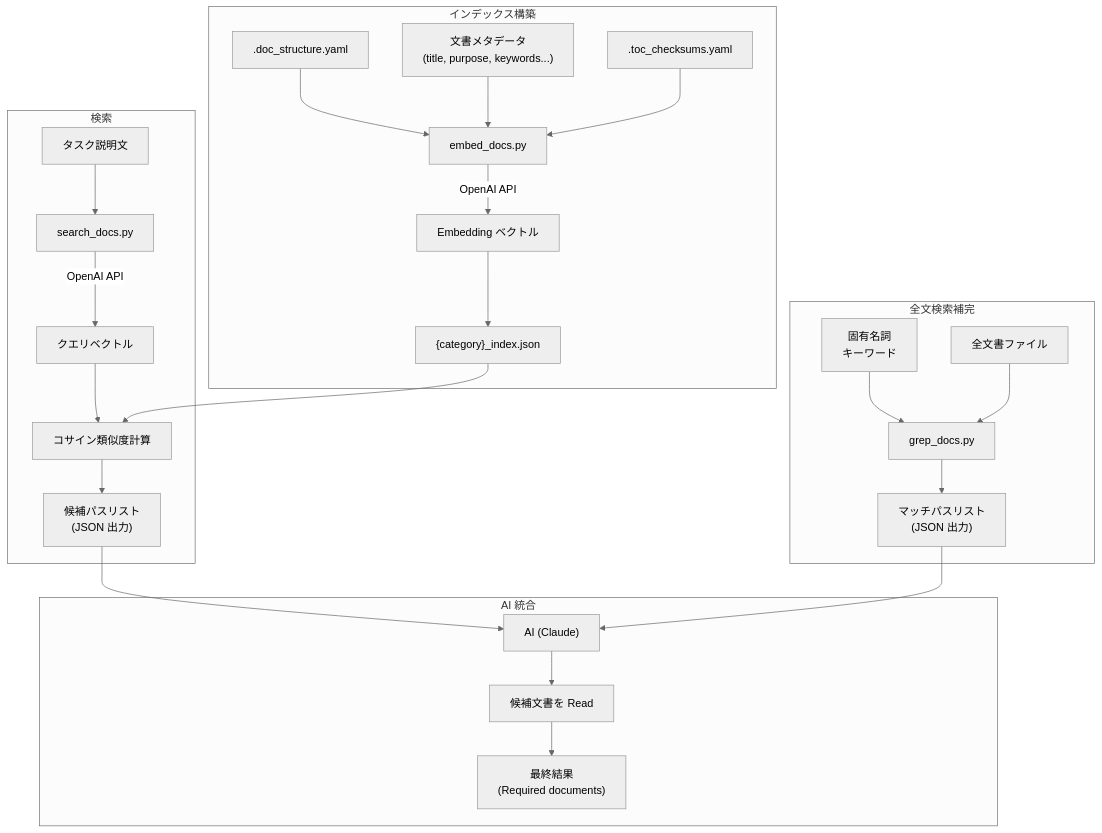
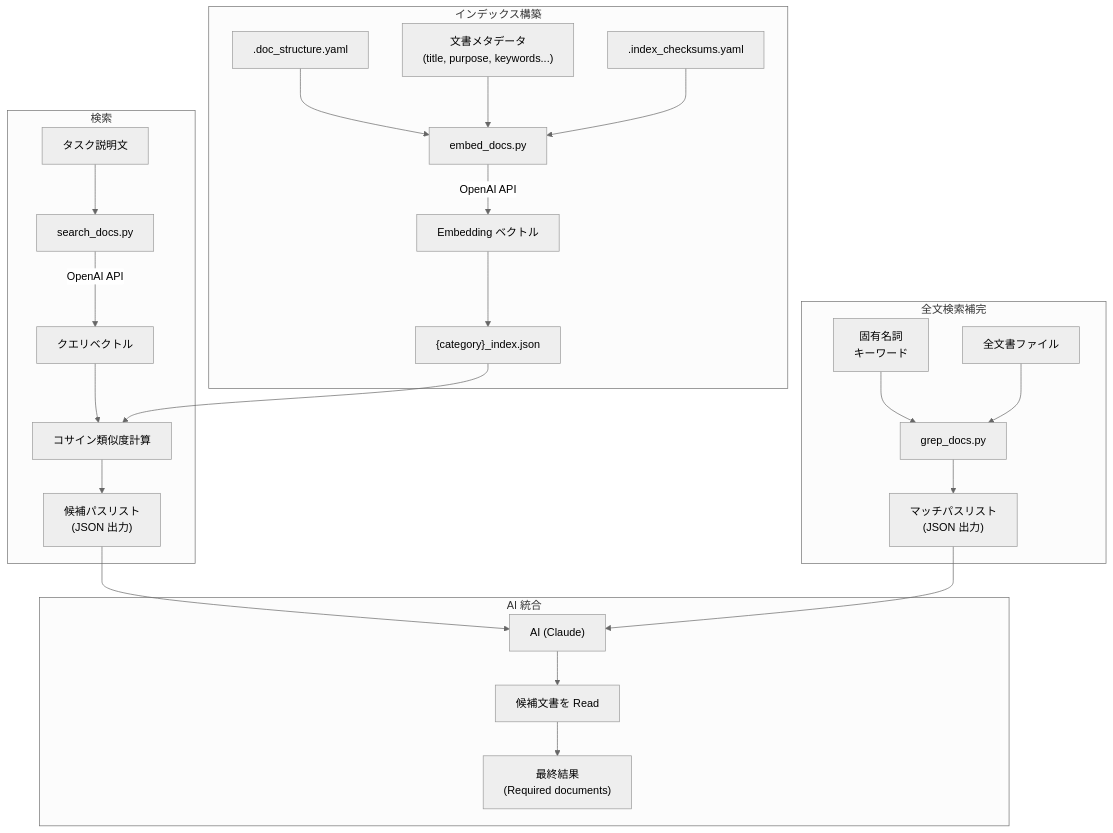
One commit to BlueEventHorizon/bw-cc-plugins changed the first of 5 diagrams in docs/specs/doc-advisor/semantic-query/design/DES-006_semantic_search_design.md. Above: the diagram before and after it, drawn with Mermaid (neutral theme). The commit also changed other lines of this file and 25 other files, not shown here.

Commit message:
rename: .index_checksums.yaml

````diff
--- a/docs/specs/doc-advisor/semantic-query/design/DES-006_semantic_search_design.md
+++ b/docs/specs/doc-advisor/semantic-query/design/DES-006_semantic_search_design.md
@@ -25,31 +25,31 @@
 ```mermaid
 flowchart TB
     subgraph インデックス構築
         A[".doc_structure.yaml"] --> B["embed_docs.py"]
         C["文書メタデータ\n(title, purpose, keywords...)"] --> B
         B -->|"OpenAI API"| D["Embedding ベクトル"]
         D --> E["{category}_index.json"]
-        F[".toc_checksums.yaml"] --> B
+        F[".index_checksums.yaml"] --> B
     end
 
     subgraph 検索
         G["タスク説明文"] --> H["search_docs.py"]
         H -->|"OpenAI API"| I["クエリベクトル"]
         I --> J["コサイン類似度計算"]
         E --> J
         J --> K["候補パスリスト\n(JSON 出力)"]
     end
 
     subgraph 全文検索補完
         L["固有名詞\nキーワード"] --> M["grep_docs.py"]
         N["全文書ファイル"] --> M
         M --> O["マッチパスリスト\n(JSON 出力)"]
     end
 
     subgraph AI 統合
         K --> P["AI (Claude)"]
         O --> P
         P --> Q["候補文書を Read"]
         Q --> R["最終結果\n(Required documents)"]
     end
 ```
````
